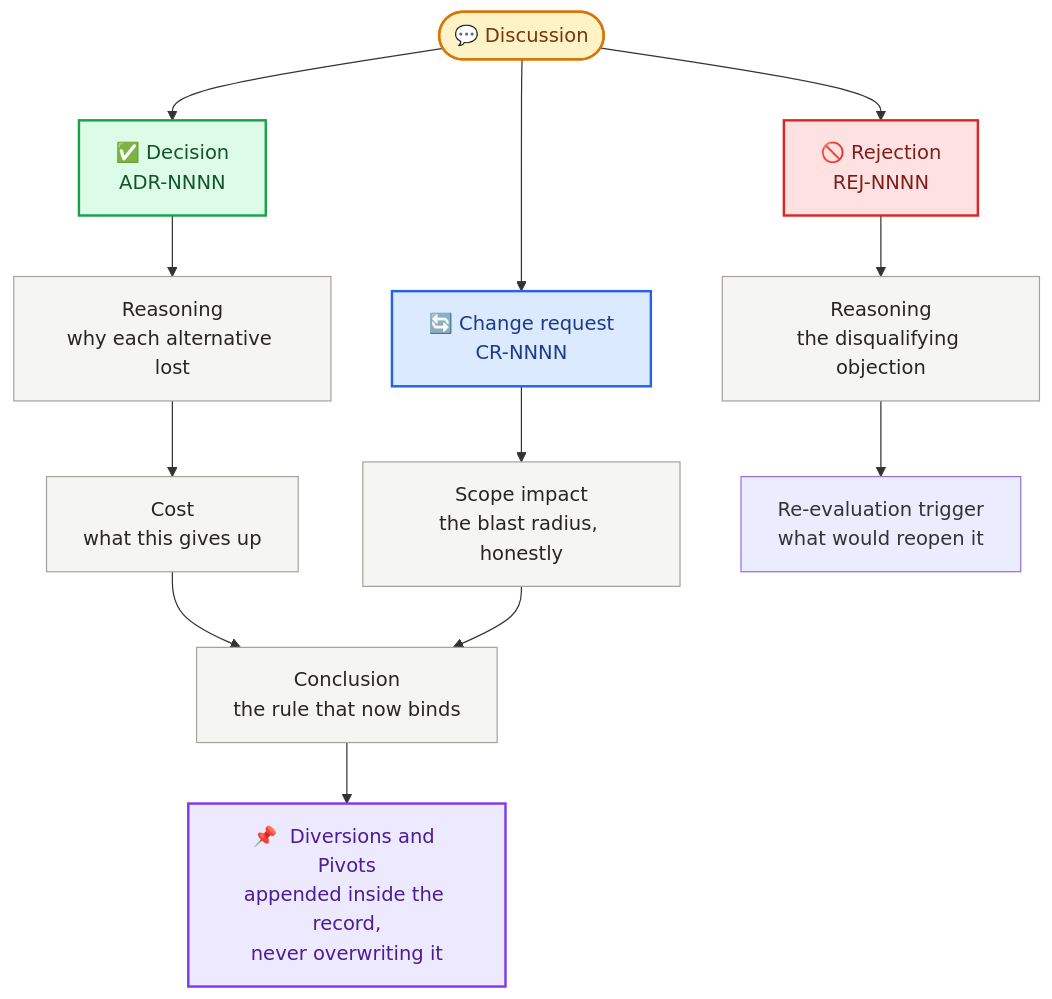
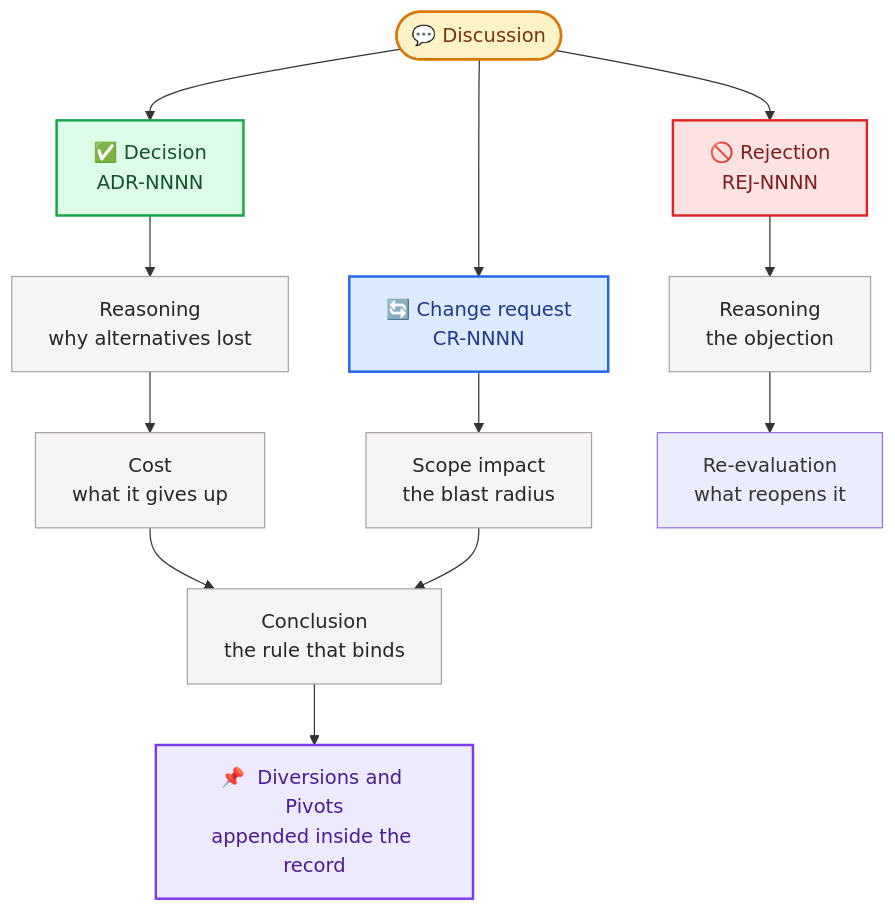
One commit to swashbuckler999/decision-ledger changed the diagram in README.md. Above: the diagram before and after it, drawn with Mermaid. The commit also changed other lines of this file, not shown here.

Commit message:
Correct the check count and tighten the diagram labels
The badge and two lines still said 200 checks; the suite is at 231. Caught
by reading the published page rather than the source, which is the only
place the badge is visible.

Mermaid wrapped the longer node labels into tall narrow boxes on GitHub.
Shortened the second lines; the meaning is unchanged.

````diff
--- a/README.md
+++ b/README.md
@@ -189,33 +189,33 @@
 ```mermaid
 flowchart TD
     DISC(["💬  Discussion"])
 
     DISC --> DEC["✅  Decision<br/>ADR-NNNN"]
     DISC --> REJ["🚫  Rejection<br/>REJ-NNNN"]
     DISC --> CR["🔄  Change request<br/>CR-NNNN"]
 
-    DEC --> R1["Reasoning<br/>why each alternative lost"]
-    REJ --> R2["Reasoning<br/>the disqualifying objection"]
-    CR  --> R3["Scope impact<br/>the blast radius, honestly"]
+    DEC --> R1["Reasoning<br/>why alternatives lost"]
+    REJ --> R2["Reasoning<br/>the objection"]
+    CR  --> R3["Scope impact<br/>the blast radius"]
 
-    R1 --> COST["Cost<br/>what this gives up"]
-    COST --> CONC["Conclusion<br/>the rule that now binds"]
-    R2 --> TRIG["Re-evaluation trigger<br/>what would reopen it"]
+    R1 --> COST["Cost<br/>what it gives up"]
+    COST --> CONC["Conclusion<br/>the rule that binds"]
+    R2 --> TRIG["Re-evaluation<br/>what reopens it"]
     R3 --> CONC
 
-    CONC --> DIV["📌  Diversions and Pivots<br/>appended inside the record,<br/>never overwriting it"]
+    CONC --> DIV["📌  Diversions and Pivots<br/>appended inside the record"]
 
     classDef disc fill:#fef3c7,stroke:#d97706,stroke-width:2px,color:#78350f
     classDef dec  fill:#dcfce7,stroke:#16a34a,stroke-width:2px,color:#14532d
     classDef rej  fill:#fee2e2,stroke:#dc2626,stroke-width:2px,color:#7f1d1d
     classDef cr   fill:#dbeafe,stroke:#2563eb,stroke-width:2px,color:#1e3a8a
     classDef body fill:#f5f5f4,stroke:#a8a29e,stroke-width:1px,color:#292524
     classDef piv  fill:#ede9fe,stroke:#7c3aed,stroke-width:2px,color:#4c1d95
 
     class DISC disc
     class DEC dec
     class REJ rej
     class CR cr
     class R1,R2,R3,COST,CONC body
     class DIV piv
 ```
````
